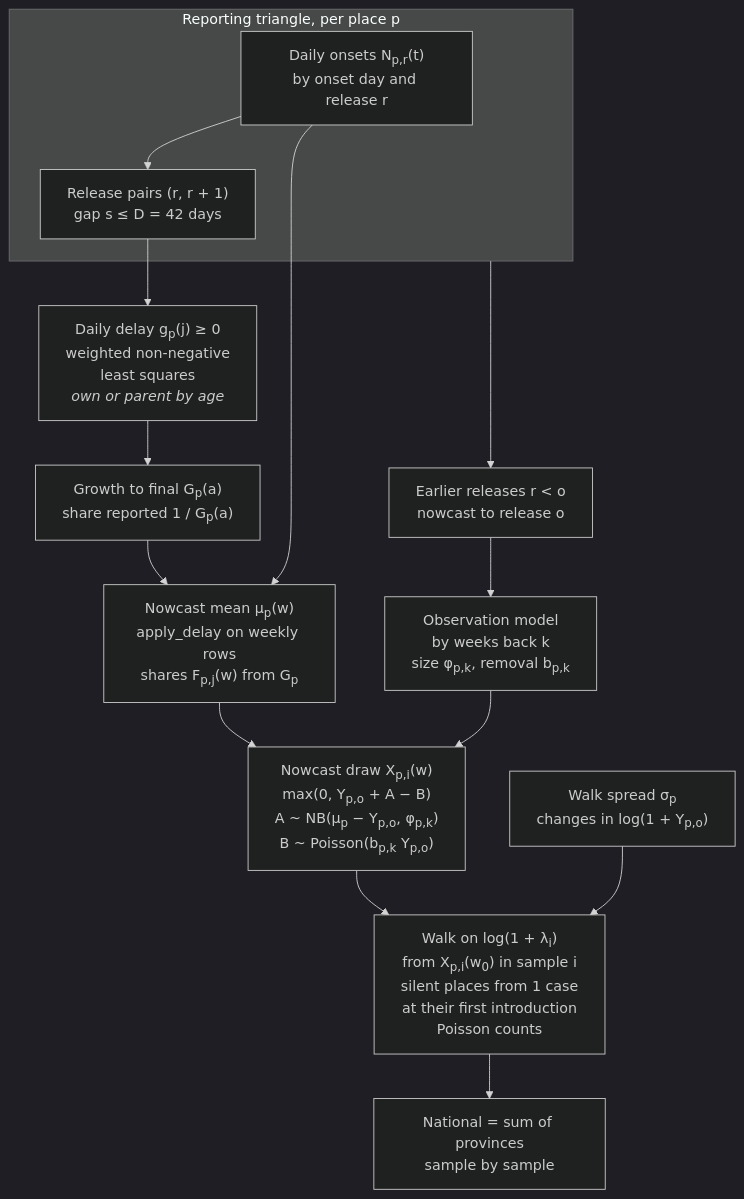
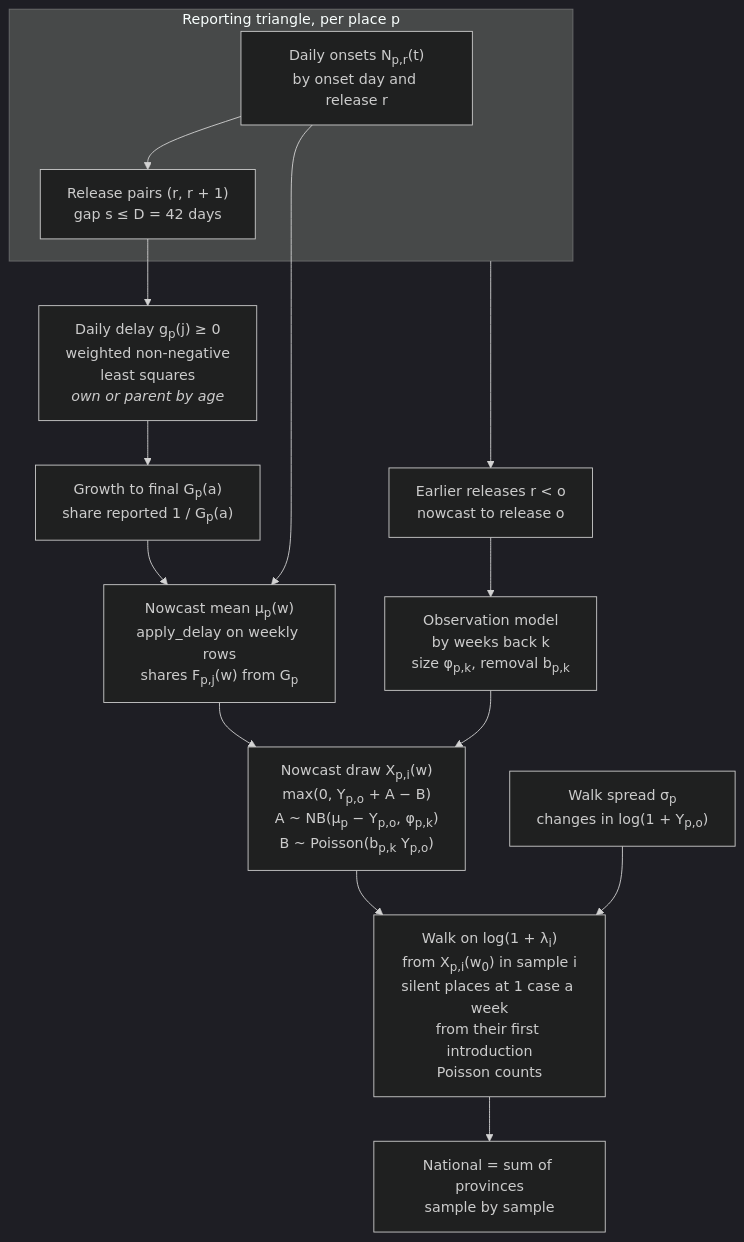
One commit to seabbs/BDBVHubRenewal changed the first of 2 diagrams in docs/methods/baselines.md. Above: the diagram before and after it, drawn with Mermaid (dark theme). The commit also changed other lines of this file and 2 other files, not shown here.

First line of the commit message:
Keep a silent place's own spread of 0 after its introduction

````diff
--- a/docs/methods/baselines.md
+++ b/docs/methods/baselines.md
@@ -16,29 +16,29 @@
 ```mermaid
 flowchart TD
     subgraph TRI["Reporting triangle, per place p"]
         SNAP["Daily onsets N<sub>p,r</sub>(t)<br/>by onset day and release r"]
         PAIR["Release pairs (r, r + 1)<br/>gap s ≤ D = 42 days"]
     end
     DEL["Daily delay g<sub>p</sub>(j) ≥ 0<br/>weighted non-negative<br/>least squares<br/><i>own or parent by age</i>"]
     G["Growth to final G<sub>p</sub>(a)<br/>share reported 1 / G<sub>p</sub>(a)"]
     MU["Nowcast mean μ<sub>p</sub>(w)<br/>apply_delay on weekly rows<br/>shares F<sub>p,j</sub>(w) from G<sub>p</sub>"]
     RETRO["Earlier releases r &lt; o<br/>nowcast to release o"]
     OBS["Observation model<br/>by weeks back k<br/>size φ<sub>p,k</sub>, removal b<sub>p,k</sub>"]
     X["Nowcast draw X<sub>p,i</sub>(w)<br/>max(0, Y<sub>p,o</sub> + A − B)<br/>A ~ NB(μ<sub>p</sub> − Y<sub>p,o</sub>, φ<sub>p,k</sub>)<br/>B ~ Poisson(b<sub>p,k</sub> Y<sub>p,o</sub>)"]
     SIG["Walk spread σ<sub>p</sub><br/>changes in log(1 + Y<sub>p,o</sub>)"]
-    W["Walk on log(1 + λ<sub>i</sub>)<br/>from X<sub>p,i</sub>(w<sub>0</sub>) in sample i<br/>silent places from 1 case<br/>at their first introduction<br/>Poisson counts"]
+    W["Walk on log(1 + λ<sub>i</sub>)<br/>from X<sub>p,i</sub>(w<sub>0</sub>) in sample i<br/>silent places at 1 case a week<br/>from their first introduction<br/>Poisson counts"]
     NAT["National = sum of provinces<br/>sample by sample"]
 
     SNAP --> PAIR
     PAIR --> DEL
     DEL --> G
     G --> MU
     SNAP --> MU
     TRI --> RETRO
     RETRO --> OBS
     MU --> X
     OBS --> X
     X --> W
     SIG --> W
     W --> NAT
 ```
````
